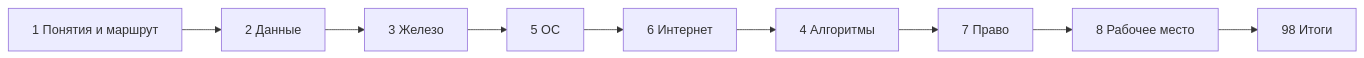
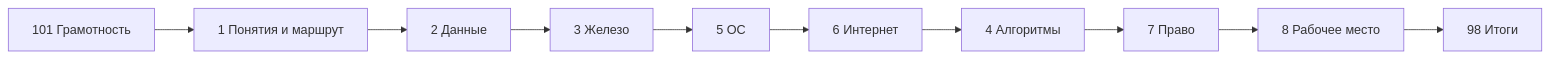
One commit to Spirzen/it-knowledge-base changed the diagram in docs/encyclopedia/1-basics/1-035-bazovaya-informatika/intro.md. Above: the diagram before and after it, drawn with Mermaid. The commit also changed other lines of this file and 76 other files, not shown here.

````diff
--- a/docs/encyclopedia/1-basics/1-035-bazovaya-informatika/intro.md
+++ b/docs/encyclopedia/1-basics/1-035-bazovaya-informatika/intro.md
@@ -85,11 +87,12 @@
 ```mermaid
 flowchart LR
-    A["1 Понятия и маршрут"] --> B["2 Данные"]
+    Z["101 Грамотность"] --> A["1 Понятия и маршрут"]
+    A --> B["2 Данные"]
     B --> C["3 Железо"]
     C --> D["5 ОС"]
     D --> E["6 Интернет"]
     E --> F["4 Алгоритмы"]
     F --> G["7 Право"]
     G --> H["8 Рабочее место"]
     H --> I["98 Итоги"]
 ```
````
